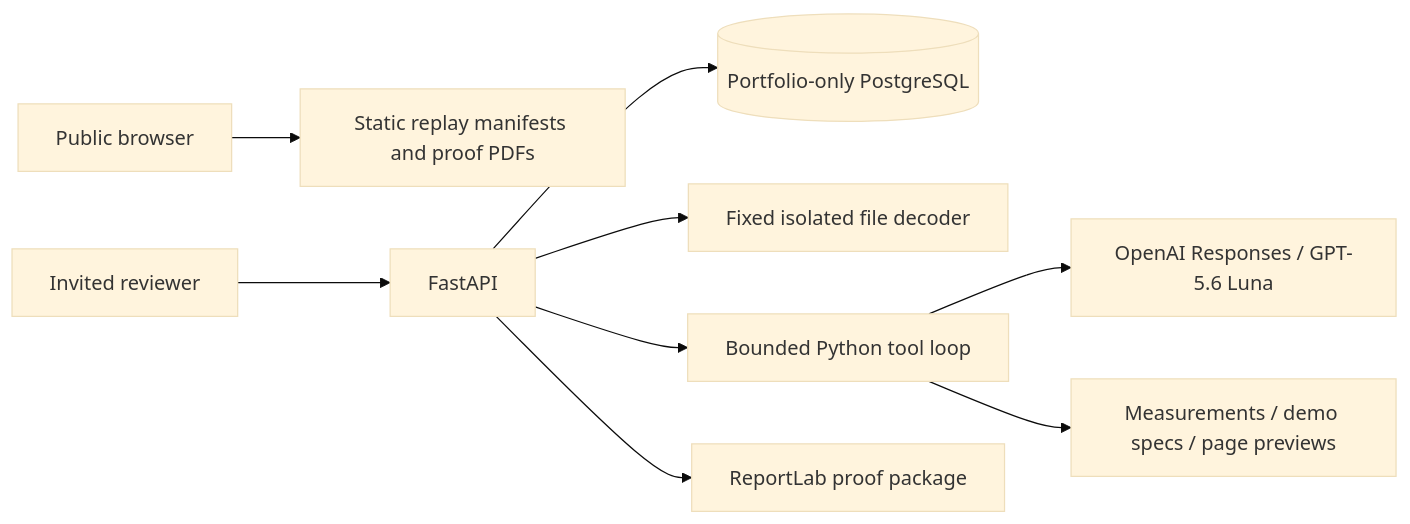
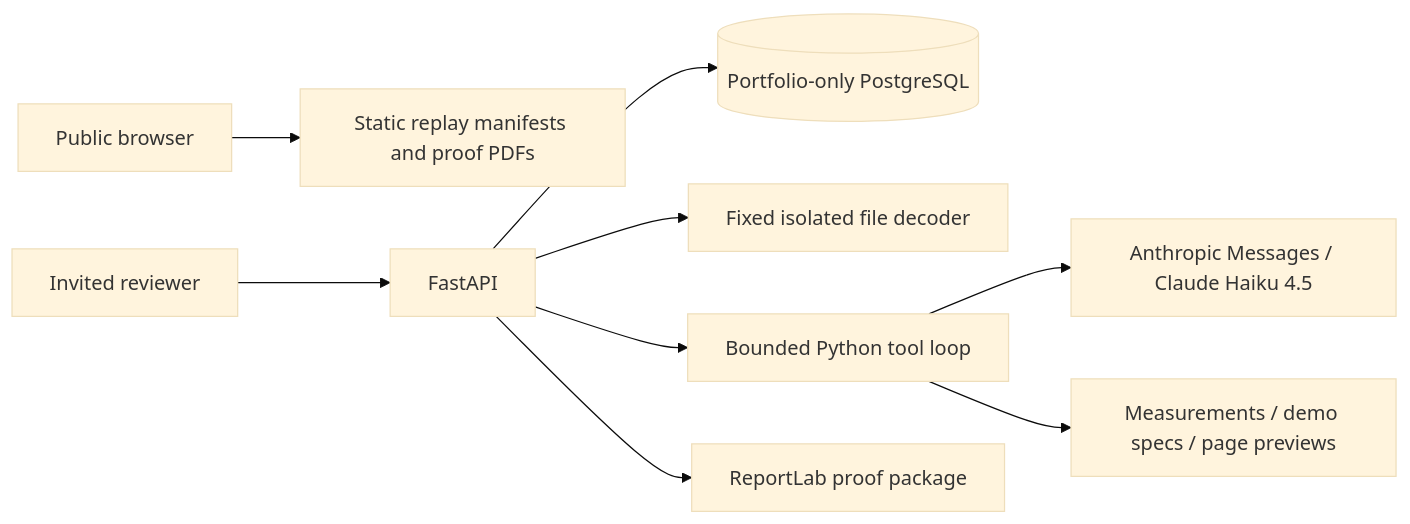
The diagram in docs/ARCHITECTURE.md (sha-shank-03/artwork-proof-agent), drawn with Mermaid (base theme) before and after one commit. The commit also changed 31 other files, not shown here.

````diff
--- a/docs/ARCHITECTURE.md
+++ b/docs/ARCHITECTURE.md
@@ -3,11 +3,11 @@
 ```mermaid
 flowchart LR
   Public[Public browser] --> Static[Static replay manifests and proof PDFs]
   Reviewer[Invited reviewer] --> API[FastAPI]
   API --> DB[(Portfolio-only PostgreSQL)]
   API --> Decode[Fixed isolated file decoder]
   API --> Loop[Bounded Python tool loop]
-  Loop --> OpenAI[OpenAI Responses / GPT-5.6 Luna]
+  Loop --> Claude[Anthropic Messages / Claude Haiku 4.5]
   Loop --> Tools[Measurements / demo specs / page previews]
   API --> PDF[ReportLab proof package]
 ```
````
